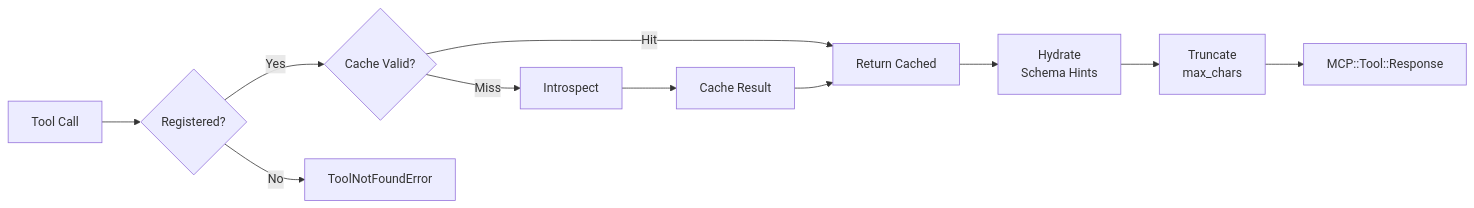
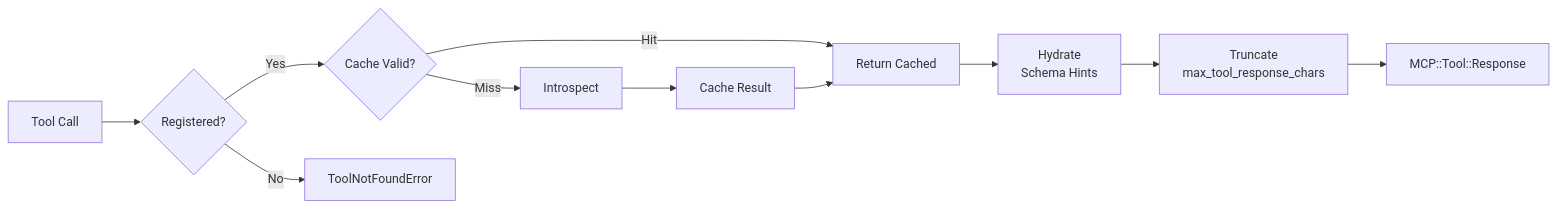
Before and after one commit to crisnahine/rails-ai-context: the third of 3 diagrams in docs/ARCHITECTURE.md, drawn with Mermaid. The commit also changed other lines of this file and 17 other files, not shown here.

````diff
--- a/docs/ARCHITECTURE.md
+++ b/docs/ARCHITECTURE.md
@@ -86,13 +86,13 @@
 ```mermaid
 flowchart LR
     A[Tool Call] --> B{Registered?}
     B -->|Yes| C{Cache Valid?}
     B -->|No| E[ToolNotFoundError]
     C -->|Hit| D[Return Cached]
     C -->|Miss| F[Introspect]
     F --> G[Cache Result]
     G --> D
     D --> H[Hydrate\nSchema Hints]
-    H --> I[Truncate\nmax_chars]
+    H --> I[Truncate\nmax_tool_response_chars]
     I --> J[MCP::Tool::Response]
 ```
````
